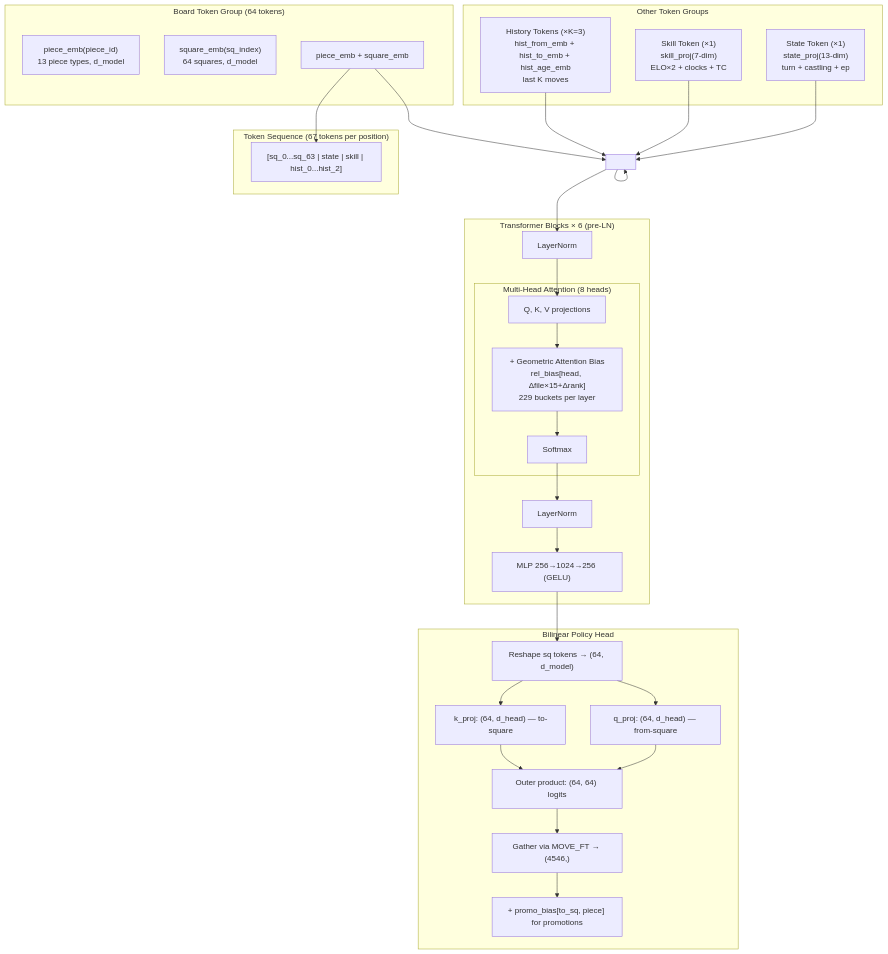
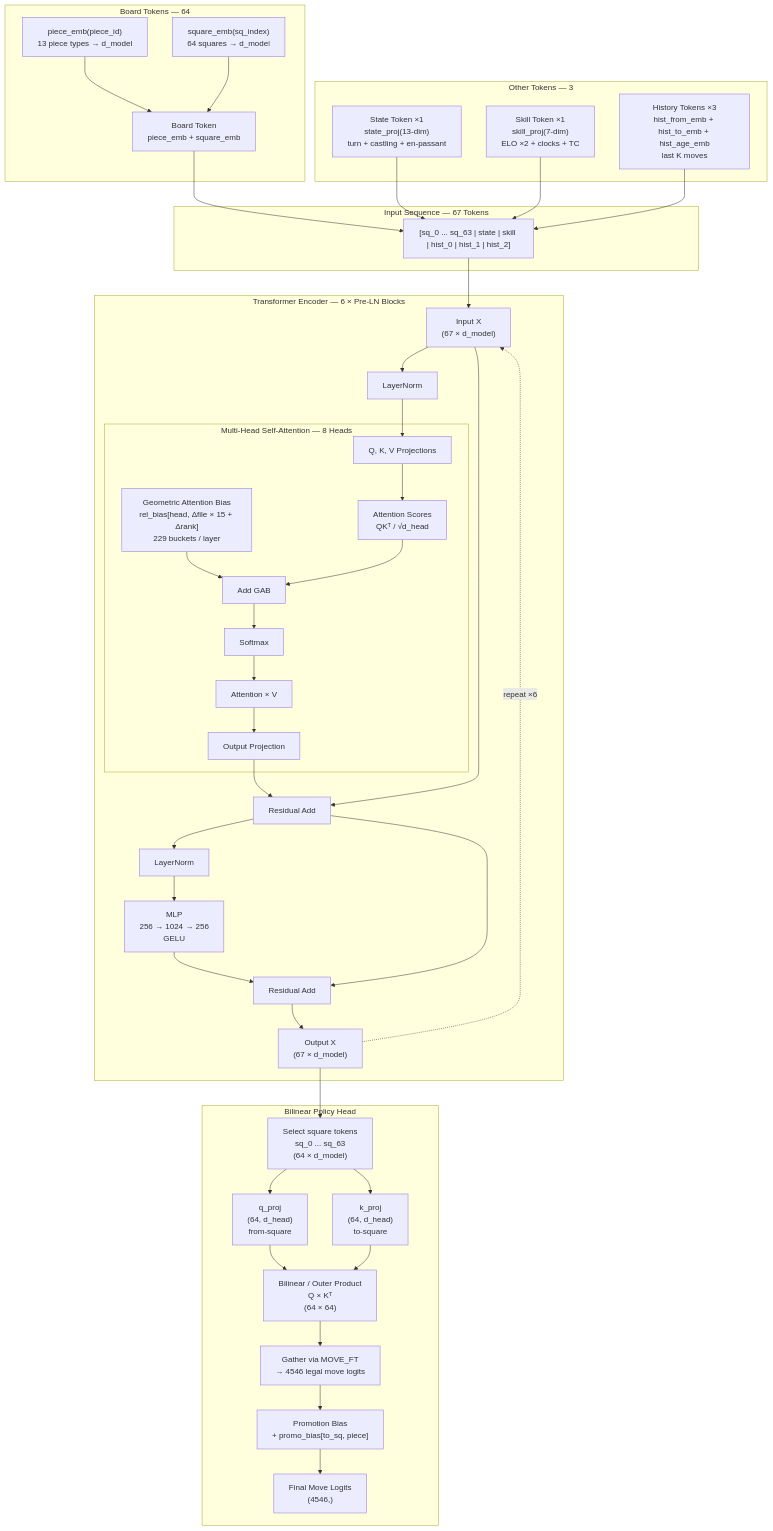
Before and after one commit to Divy13ansh/ChessMoveNet-DL: the fourth of 9 diagrams in docs/architecture_diagrams.md, drawn with Mermaid.

Commit message:
fix v4 self loop
Updated architecture diagrams to improve clarity and detail.

````diff
--- a/docs/architecture_diagrams.md
+++ b/docs/architecture_diagrams.md
@@ -132,53 +132,130 @@
 ```mermaid
 graph TD
-    subgraph BOARD_TOKENS["Board Token Group (64 tokens)"]
-        PIE["piece_emb(piece_id)\n13 piece types, d_model"]
-        SQE["square_emb(sq_index)\n64 squares, d_model"]
-        SUM4["piece_emb + square_emb"]
+
+    %% =========================================================
+    %% INPUT TOKENIZATION
+    %% =========================================================
+
+    subgraph BOARD["Board Tokens — 64"]
+        PIE["piece_emb(piece_id)<br/>13 piece types → d_model"]
+        SQE["square_emb(sq_index)<br/>64 squares → d_model"]
+        SUM["Board Token<br/>piece_emb + square_emb"]
     end
 
-    subgraph OTHER_TOKENS["Other Token Groups"]
-        STA["State Token (×1)\nstate_proj(13-dim)\nturn + castling + ep"]
-        SKL["Skill Token (×1)\nskill_proj(7-dim)\nELO×2 + clocks + TC"]
-        HST["History Tokens (×K=3)\nhist_from_emb + hist_to_emb + hist_age_emb\nlast K moves"]
+    PIE --> SUM
+    SQE --> SUM
+
+
+    subgraph OTHER["Other Tokens — 3"]
+        STA["State Token ×1<br/>state_proj(13-dim)<br/>turn + castling + en-passant"]
+        SKL["Skill Token ×1<br/>skill_proj(7-dim)<br/>ELO ×2 + clocks + TC"]
+        HST["History Tokens ×3<br/>hist_from_emb + hist_to_emb + hist_age_emb<br/>last K moves"]
     end
 
-    subgraph SEQ["Token Sequence (67 tokens per position)"]
-        ALLtok["[sq_0...sq_63 | state | skill | hist_0...hist_2]"]
+
+    %% =========================================================
+    %% TOKEN SEQUENCE
+    %% =========================================================
+
+    subgraph SEQ["Input Sequence — 67 Tokens"]
+        TOK["[sq_0 ... sq_63 | state | skill | hist_0 | hist_1 | hist_2]"]
     end
 
-    subgraph BLOCKS4["Transformer Blocks × 6  (pre-LN)"]
-        LNA["LayerNorm"]
-        subgraph ATTN4["Multi-Head Attention (8 heads)"]
-            QKV["Q, K, V projections"]
-            GAB["+ Geometric Attention Bias\nrel_bias[head, Δfile×15+Δrank]\n229 buckets per layer"]
+    SUM --> TOK
+    STA --> TOK
+    SKL --> TOK
+    HST --> TOK
+
+
+    %% =========================================================
+    %% TRANSFORMER
+    %% =========================================================
+
+    subgraph TRANSFORMER["Transformer Encoder — 6 × Pre-LN Blocks"]
+
+        X["Input X<br/>(67 × d_model)"]
+
+        LN1["LayerNorm"]
+
+        subgraph ATTENTION["Multi-Head Self-Attention — 8 Heads"]
+            QKV["Q, K, V Projections"]
+            SCORES["Attention Scores<br/>QKᵀ / √d_head"]
+
+            GAB["Geometric Attention Bias<br/>rel_bias[head, Δfile × 15 + Δrank]<br/>229 buckets / layer"]
+
+            ADD["Add GAB"]
             SOFTMAX["Softmax"]
+            AV["Attention × V"]
+            OPROJ["Output Projection"]
         end
-        LNB["LayerNorm"]
-        MLP4["MLP 256→1024→256 (GELU)"]
+
+        RES1["Residual Add"]
+
+        LN2["LayerNorm"]
+
+        MLP["MLP<br/>256 → 1024 → 256<br/>GELU"]
+
+        RES2["Residual Add"]
+
+        XOUT["Output X<br/>(67 × d_model)"]
+
+        X --> LN1
+        LN1 --> QKV
+        QKV --> SCORES
+        GAB --> ADD
+        SCORES --> ADD
+        ADD --> SOFTMAX
+        SOFTMAX --> AV
+        AV --> OPROJ
+        OPROJ --> RES1
+
+        X --> RES1
+
+        RES1 --> LN2
+        LN2 --> MLP
+        MLP --> RES2
+        RES1 --> RES2
+
+        RES2 --> XOUT
+
     end
 
+    TOK --> X
+
+    XOUT -.->|"repeat ×6"| X
+
+
+    %% =========================================================
+    %% POLICY HEAD
+    %% =========================================================
+
     subgraph POLICY["Bilinear Policy Head"]
-        RESHAPE["Reshape sq tokens → (64, d_model)"]
-        QPROJ["q_proj: (64, d_head) — from-square"]
-        KPROJ["k_proj: (64, d_head) — to-square"]
-        OUTER["Outer product: (64, 64) logits"]
-        GATHER["Gather via MOVE_FT → (4546,)"]
-        PROMO["+ promo_bias[to_sq, piece] for promotions"]
+
+        RESHAPE["Select square tokens<br/>sq_0 ... sq_63<br/>(64 × d_model)"]
+
+        QPROJ["q_proj<br/>(64, d_head)<br/>from-square"]
+
+        KPROJ["k_proj<br/>(64, d_head)<br/>to-square"]
+
+        OUTER["Bilinear / Outer Product<br/>Q × Kᵀ<br/>(64 × 64)"]
+
+        GATHER["Gather via MOVE_FT<br/>→ 4546 legal move logits"]
+
+        PROMO["Promotion Bias<br/>+ promo_bias[to_sq, piece]"]
+
+        LOGITS["Final Move Logits<br/>(4546,)"]
+
+        RESHAPE --> QPROJ
+        RESHAPE --> KPROJ
+
+        QPROJ --> OUTER
+        KPROJ --> OUTER
+
+        OUTER --> GATHER
+        GATHER --> PROMO
+        PROMO --> LOGITS
+
     end
 
-    SUM4 --> ALLtok
-    STA --> ALLOK
-    SKL --> ALLOK
-    HST --> ALLOK
-    ALLOK --> ALLOK
-    SUM4 --> ALLOK
-    ALLOK[" "] --> LNA
-    LNA --> QKV --> GAB --> SOFTMAX --> LNB --> MLP4
-    MLP4 --> RESHAPE
-    RESHAPE --> QPROJ
-    RESHAPE --> KPROJ
-    QPROJ --> OUTER
-    KPROJ --> OUTER
-    OUTER --> GATHER --> PROMO
+    XOUT --> RESHAPE
 ```
````
